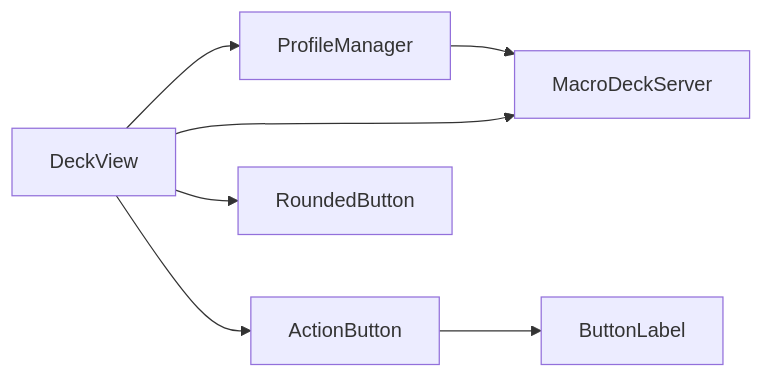
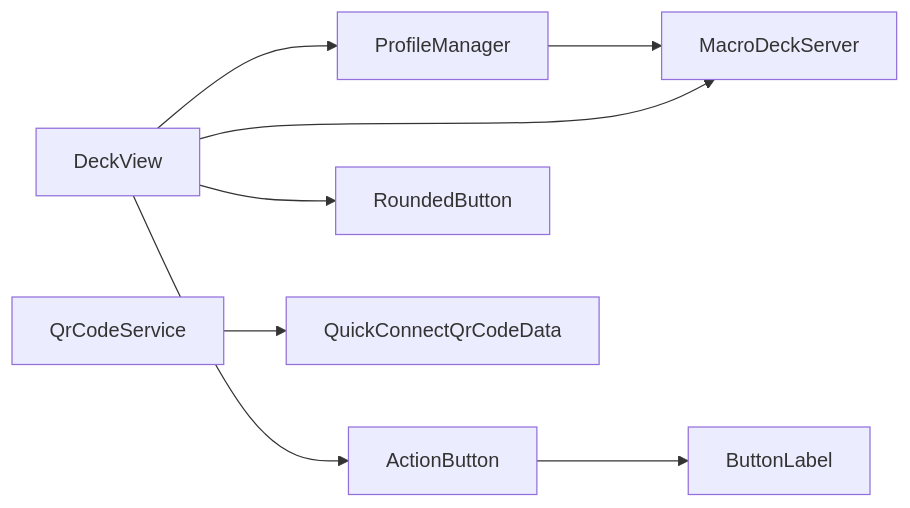
One commit to tea4go/Macro-Deck changed the sixth of 6 diagrams in .qoder/repowiki/zh/content/图形用户界面/视图管理系统/仪表板视图.md. Above: the diagram before and after it, drawn with Mermaid. The commit also changed other lines of this file and 5 other files, not shown here.

````diff
--- a/.qoder/repowiki/zh/content/图形用户界面/视图管理系统/仪表板视图.md
+++ b/.qoder/repowiki/zh/content/图形用户界面/视图管理系统/仪表板视图.md
@@ -316,9 +354,10 @@
 ```mermaid
 graph LR
 DeckView --> ProfileManager
 DeckView --> ActionButton
 ActionButton --> ButtonLabel
 DeckView --> RoundedButton
 ProfileManager --> MacroDeckServer
 DeckView --> MacroDeckServer
+QrCodeService --> QuickConnectQrCodeData
 ```
````
